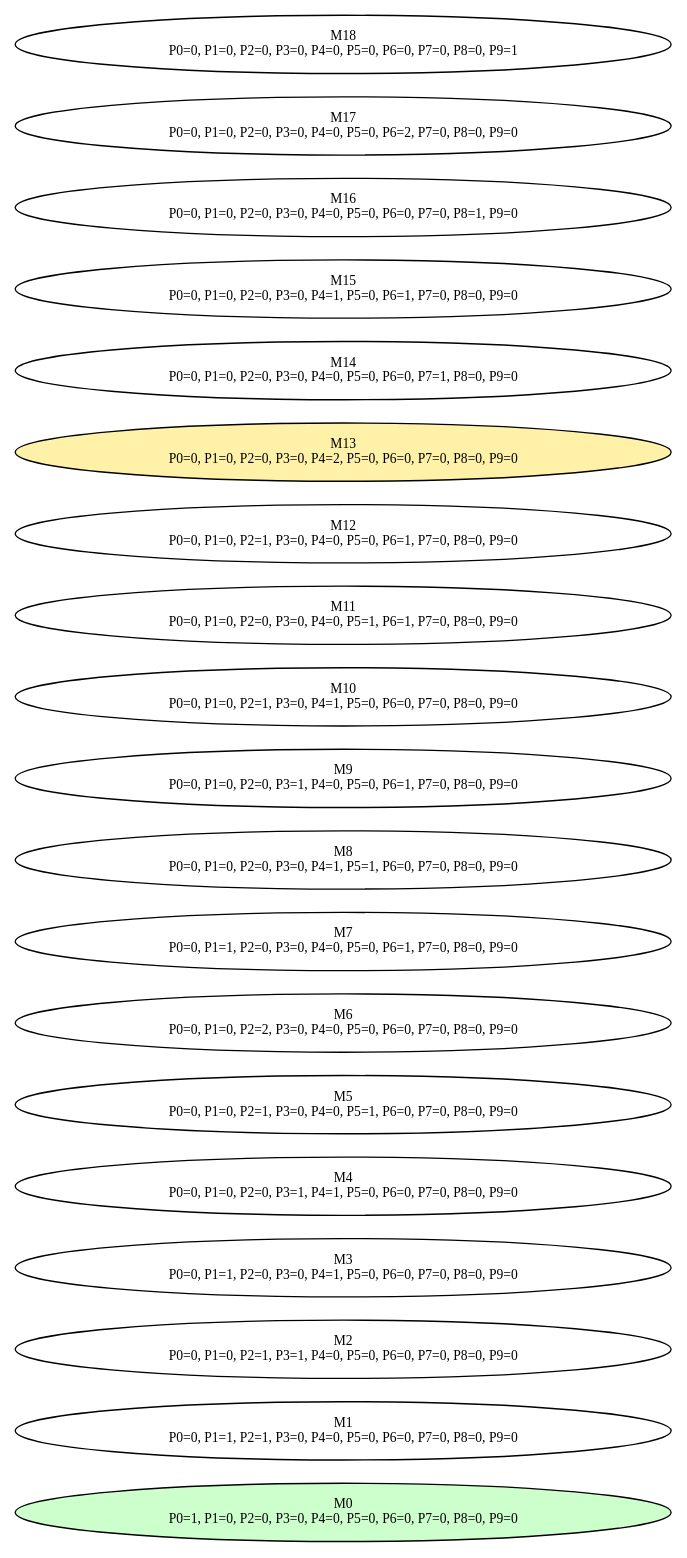
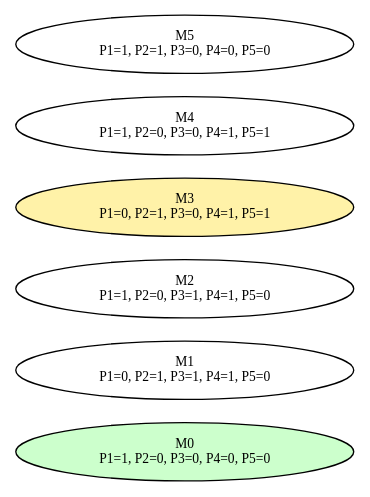
The diagram in visualization/optimization.dot (kimanh05/MHH-Petri-Nets), drawn with Graphviz before and after one commit. The commit also changed 36 other files, not shown here.

```diff
--- a/visualization/optimization.dot
+++ b/visualization/optimization.dot
@@ -1,23 +1,10 @@
 digraph Optimization {
     rankdir=LR;
     node [shape=ellipse, fontsize=10];
-    M0 [label="M0\nP0=1, P1=0, P2=0, P3=0, P4=0, P5=0, P6=0, P7=0, P8=0, P9=0" style=filled, fillcolor="#ccffcc"];
-    M1 [label="M1\nP0=0, P1=1, P2=1, P3=0, P4=0, P5=0, P6=0, P7=0, P8=0, P9=0" ];
-    M2 [label="M2\nP0=0, P1=0, P2=1, P3=1, P4=0, P5=0, P6=0, P7=0, P8=0, P9=0" ];
-    M3 [label="M3\nP0=0, P1=1, P2=0, P3=0, P4=1, P5=0, P6=0, P7=0, P8=0, P9=0" ];
-    M4 [label="M4\nP0=0, P1=0, P2=0, P3=1, P4=1, P5=0, P6=0, P7=0, P8=0, P9=0" ];
-    M5 [label="M5\nP0=0, P1=0, P2=1, P3=0, P4=0, P5=1, P6=0, P7=0, P8=0, P9=0" ];
-    M6 [label="M6\nP0=0, P1=0, P2=2, P3=0, P4=0, P5=0, P6=0, P7=0, P8=0, P9=0" ];
-    M7 [label="M7\nP0=0, P1=1, P2=0, P3=0, P4=0, P5=0, P6=1, P7=0, P8=0, P9=0" ];
-    M8 [label="M8\nP0=0, P1=0, P2=0, P3=0, P4=1, P5=1, P6=0, P7=0, P8=0, P9=0" ];
-    M9 [label="M9\nP0=0, P1=0, P2=0, P3=1, P4=0, P5=0, P6=1, P7=0, P8=0, P9=0" ];
-    M10 [label="M10\nP0=0, P1=0, P2=1, P3=0, P4=1, P5=0, P6=0, P7=0, P8=0, P9=0" ];
-    M11 [label="M11\nP0=0, P1=0, P2=0, P3=0, P4=0, P5=1, P6=1, P7=0, P8=0, P9=0" ];
-    M12 [label="M12\nP0=0, P1=0, P2=1, P3=0, P4=0, P5=0, P6=1, P7=0, P8=0, P9=0" ];
-    M13 [label="M13\nP0=0, P1=0, P2=0, P3=0, P4=2, P5=0, P6=0, P7=0, P8=0, P9=0" style=filled, fillcolor="#fff2a8"];
-    M14 [label="M14\nP0=0, P1=0, P2=0, P3=0, P4=0, P5=0, P6=0, P7=1, P8=0, P9=0" ];
-    M15 [label="M15\nP0=0, P1=0, P2=0, P3=0, P4=1, P5=0, P6=1, P7=0, P8=0, P9=0" ];
-    M16 [label="M16\nP0=0, P1=0, P2=0, P3=0, P4=0, P5=0, P6=0, P7=0, P8=1, P9=0" ];
-    M17 [label="M17\nP0=0, P1=0, P2=0, P3=0, P4=0, P5=0, P6=2, P7=0, P8=0, P9=0" ];
-    M18 [label="M18\nP0=0, P1=0, P2=0, P3=0, P4=0, P5=0, P6=0, P7=0, P8=0, P9=1" ];
+    M0 [label="M0\nP1=1, P2=0, P3=0, P4=0, P5=0" style=filled, fillcolor="#ccffcc"];
+    M1 [label="M1\nP1=0, P2=1, P3=1, P4=1, P5=0" ];
+    M2 [label="M2\nP1=1, P2=0, P3=1, P4=1, P5=0" ];
+    M3 [label="M3\nP1=0, P2=1, P3=0, P4=1, P5=1" style=filled, fillcolor="#fff2a8"];
+    M4 [label="M4\nP1=1, P2=0, P3=0, P4=1, P5=1" ];
+    M5 [label="M5\nP1=1, P2=1, P3=0, P4=0, P5=0" ];
 }
```
